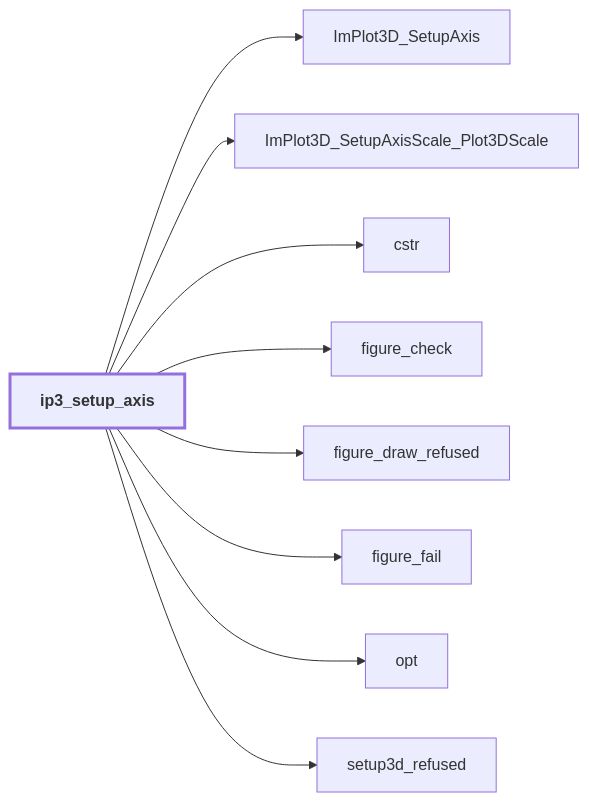
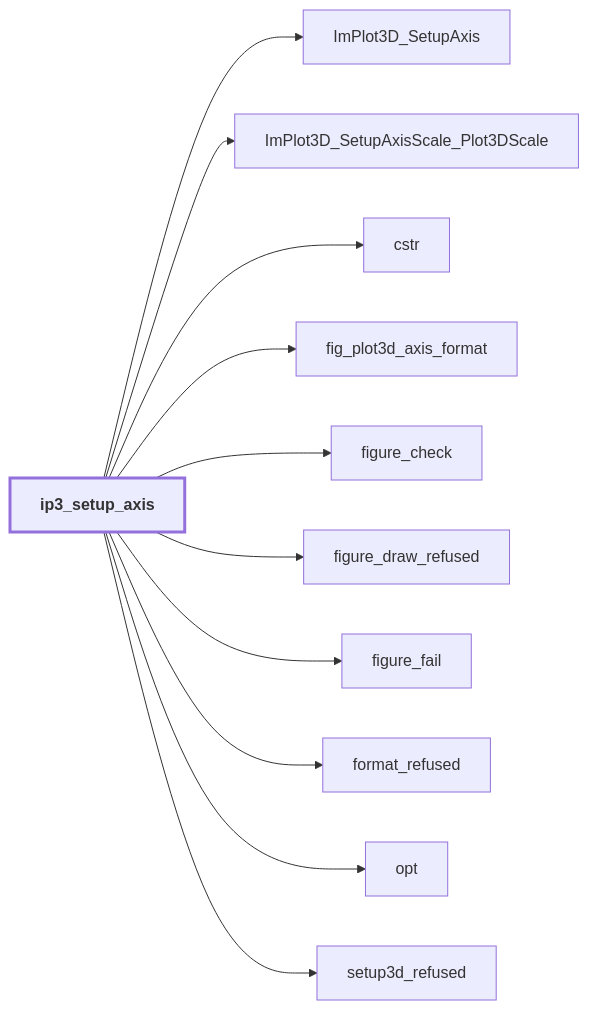
Diagram 16 of 44 in docs/api/src/lib/figure_implot3d.md (szaghi/figure), drawn with Mermaid before and after one commit. The commit also changed other lines of this file and 36 other files, not shown here.

First line of the commit message:
feat(plot3d): colours and sizes per point, axis formats and ticks, ImPlot3D's style by name

````diff
--- a/docs/api/src/lib/figure_implot3d.md
+++ b/docs/api/src/lib/figure_implot3d.md
@@ -910,21 +942,25 @@
 ```mermaid
 flowchart LR
   ip3_setup_axis["ip3_setup_axis"] --> ImPlot3D_SetupAxis["ImPlot3D_SetupAxis"]
   ip3_setup_axis["ip3_setup_axis"] --> ImPlot3D_SetupAxisScale_Plot3DScale["ImPlot3D_SetupAxisScale_Plot3DScale"]
   ip3_setup_axis["ip3_setup_axis"] --> cstr["cstr"]
+  ip3_setup_axis["ip3_setup_axis"] --> fig_plot3d_axis_format["fig_plot3d_axis_format"]
   ip3_setup_axis["ip3_setup_axis"] --> figure_check["figure_check"]
   ip3_setup_axis["ip3_setup_axis"] --> figure_draw_refused["figure_draw_refused"]
   ip3_setup_axis["ip3_setup_axis"] --> figure_fail["figure_fail"]
+  ip3_setup_axis["ip3_setup_axis"] --> format_refused["format_refused"]
   ip3_setup_axis["ip3_setup_axis"] --> opt["opt"]
   ip3_setup_axis["ip3_setup_axis"] --> setup3d_refused["setup3d_refused"]
   classDef focus stroke-width:3px,font-weight:bold
   class ip3_setup_axis focus
   click figure_draw_refused href "figure_base.html#figure-draw-refused" "figure_draw_refused"
   click figure_fail href "figure_base.html#figure-fail" "figure_fail"
+  click format_refused href "figure_base.html#format-refused" "format_refused"
   click setup3d_refused href "#setup3d-refused" "setup3d_refused"
   click opt href "#opt" "opt"
   click cstr href "figure_base.html#cstr" "cstr"
   click ImPlot3D_SetupAxis href "figure_cimplot3d.html#implot3d-setupaxis" "ImPlot3D_SetupAxis"
   click ImPlot3D_SetupAxisScale_Plot3DScale href "figure_cimplot3d.html#implot3d-setupaxisscale-plot3dscale" "ImPlot3D_SetupAxisScale_Plot3DScale"
   click figure_check href "figure_base.html#figure-check" "figure_check"
+  click fig_plot3d_axis_format href "figure_c_native.html#fig-plot3d-axis-format" "fig_plot3d_axis_format"
 ```
````
